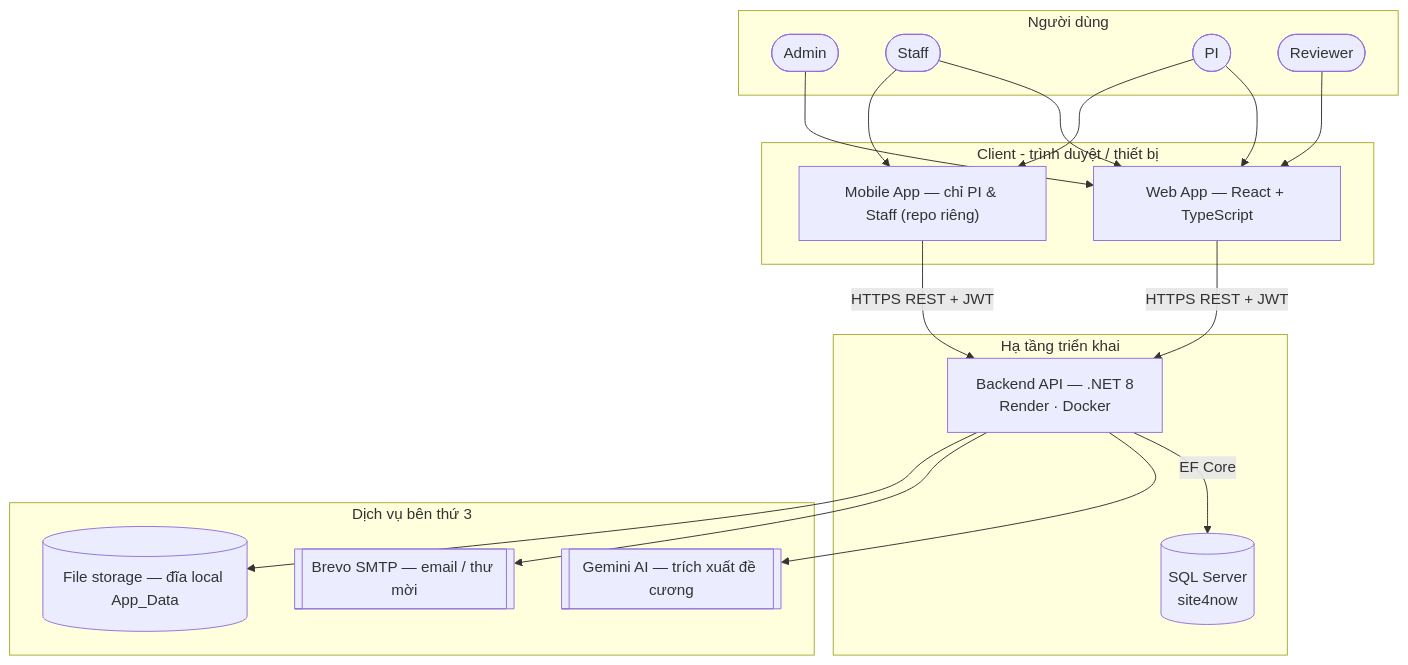
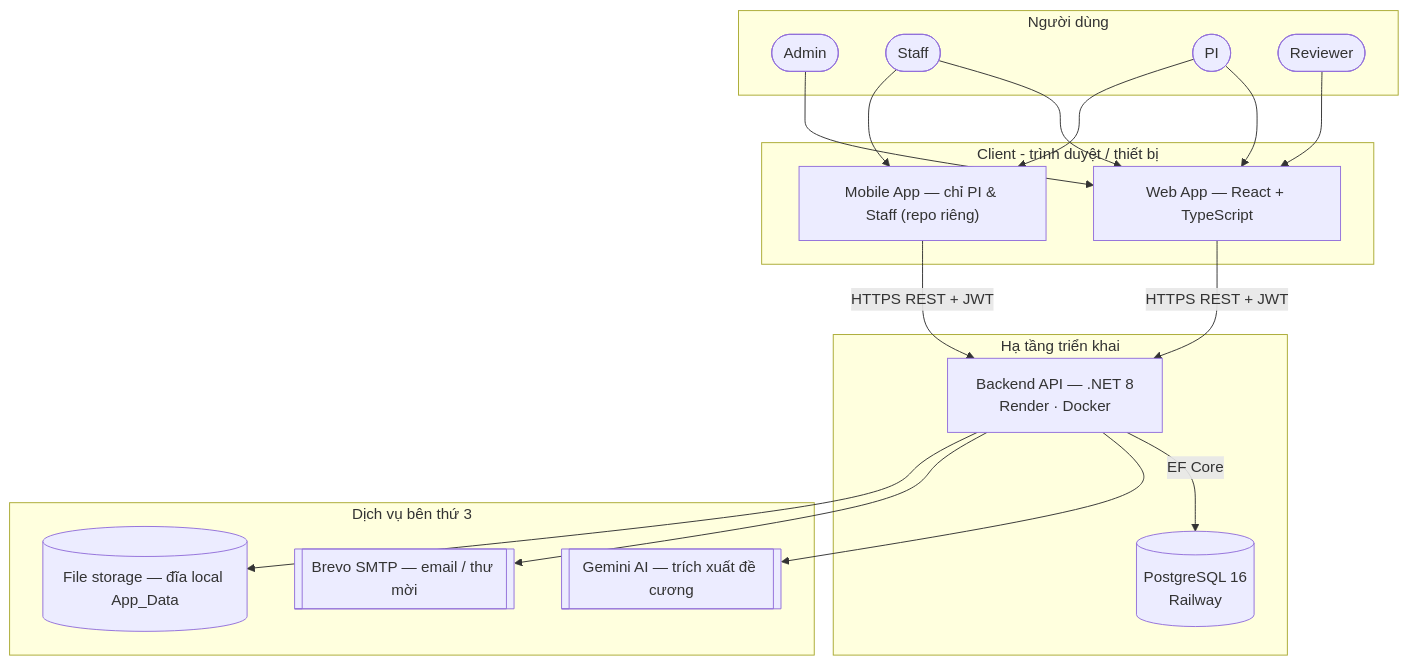
Before and after one commit to longv0208/TestSAP_quoctrung_be: the third of 19 diagrams in docs/Review2_Diagrams.md, drawn with Mermaid. The commit also changed other lines of this file and 9 other files, not shown here.

````diff
--- a/docs/Review2_Diagrams.md
+++ b/docs/Review2_Diagrams.md
@@ -113,38 +113,38 @@
 ```mermaid
 flowchart TB
     subgraph users["Người dùng"]
         ADMIN([Admin])
         STAFF([Staff])
         PI([PI])
         REV([Reviewer])
     end
 
     subgraph clients["Client - trình duyệt / thiết bị"]
         WEB["Web App — React + TypeScript"]
         MOB["Mobile App — chỉ PI & Staff (repo riêng)"]
     end
 
     subgraph cloud["Hạ tầng triển khai"]
         API["Backend API — .NET 8<br/>Render · Docker"]
-        DB[("SQL Server<br/>site4now")]
+        DB[("PostgreSQL 16<br/>Railway")]
     end
 
     subgraph third["Dịch vụ bên thứ 3"]
         GEMINI[["Gemini AI — trích xuất đề cương"]]
         EMAIL[["Brevo SMTP — email / thư mời"]]
         STORE[("File storage — đĩa local App_Data")]
     end
 
     ADMIN --> WEB
     STAFF --> WEB
     PI --> WEB
     REV --> WEB
     PI --> MOB
     STAFF --> MOB
     WEB -->|HTTPS REST + JWT| API
     MOB -->|HTTPS REST + JWT| API
     API -->|EF Core| DB
     API --> GEMINI
     API --> EMAIL
     API --> STORE
 ```
````
